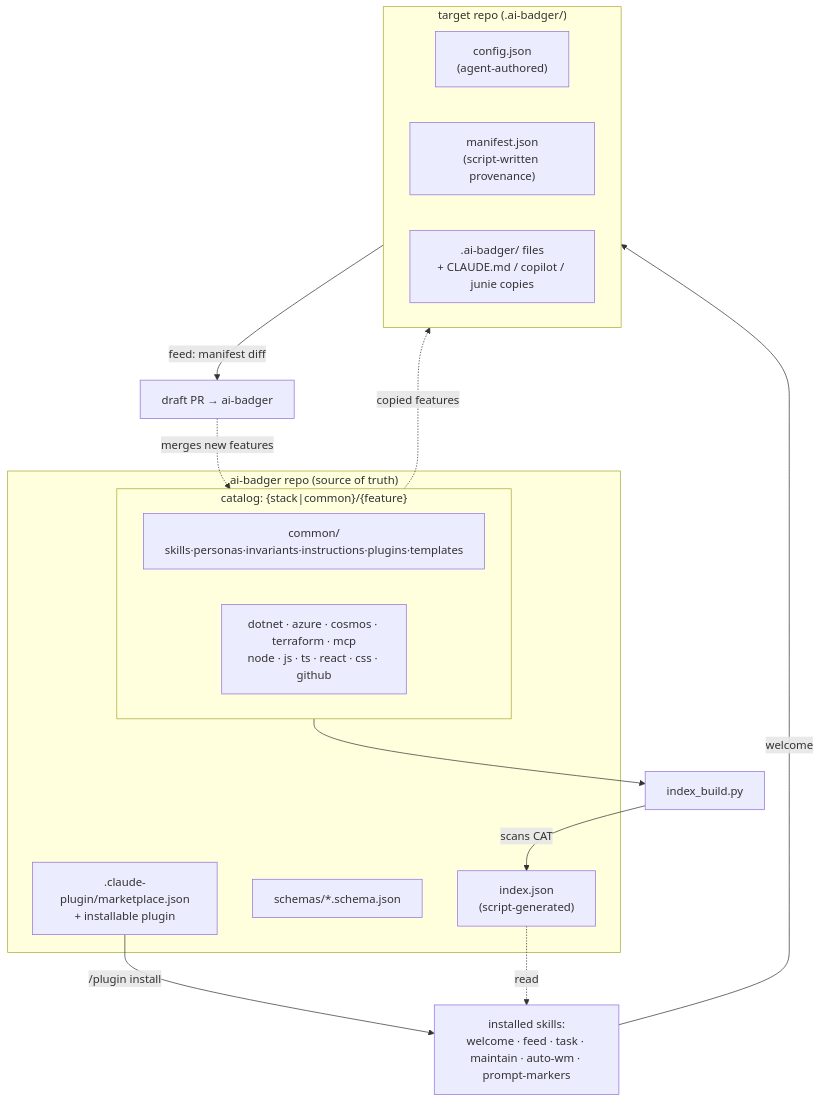
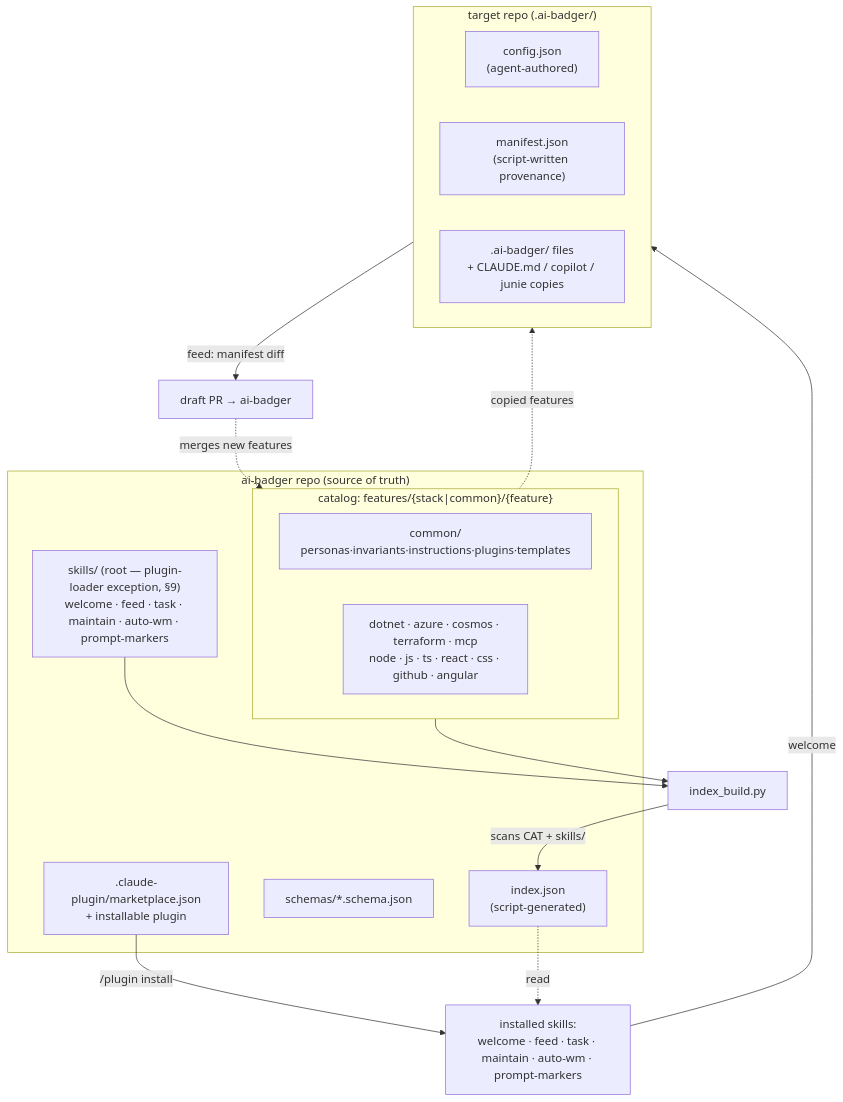
One commit to Arasz/ai-badger changed the first of 4 diagrams in docs/ai-badger-framework-design.md. Above: the diagram before and after it, drawn with Mermaid. The commit also changed other lines of this file and 85 other files, not shown here.

First line of the commit message:
refactor: features/ catalog reorg, plugins compaction, lint-clean scripts

````diff
--- a/docs/ai-badger-framework-design.md
+++ b/docs/ai-badger-framework-design.md
@@ -263,25 +288,27 @@
 ```mermaid
 flowchart TB
   subgraph FW["ai-badger repo (source of truth)"]
     IDX["index.json\n(script-generated)"]
     SCH["schemas/*.schema.json"]
-    subgraph CAT["catalog: {stack|common}/{feature}"]
-      COMMON["common/\nskills·personas·invariants·instructions·plugins·templates"]
-      STACKS["dotnet · azure · cosmos · terraform · mcp\nnode · js · ts · react · css · github"]
+    subgraph CAT["catalog: features/{stack|common}/{feature}"]
+      COMMON["common/\npersonas·invariants·instructions·plugins·templates"]
+      STACKS["dotnet · azure · cosmos · terraform · mcp\nnode · js · ts · react · css · github · angular"]
     end
+    SKILLSDIR["skills/ (root — plugin-loader exception, §9)\nwelcome · feed · task · maintain · auto-wm · prompt-markers"]
     MKT[".claude-plugin/marketplace.json\n+ installable plugin"]
   end
-  IDXbuild["index_build.py"] -->|scans CAT| IDX
+  IDXbuild["index_build.py"] -->|scans CAT + skills/| IDX
   CAT --> IDXbuild
+  SKILLSDIR --> IDXbuild
   MKT -->|/plugin install| SKILLS["installed skills:\nwelcome · feed · task · maintain · auto-wm · prompt-markers"]
   IDX -. read .-> SKILLS
   CAT -. copied features .-> PROJ
   subgraph PROJ["target repo (.ai-badger/)"]
     CFG["config.json\n(agent-authored)"]
     MAN["manifest.json\n(script-written provenance)"]
     OUT[".ai-badger/ files\n+ CLAUDE.md / copilot / junie copies"]
   end
   SKILLS -->|welcome| PROJ
   PROJ -->|feed: manifest diff| PRD["draft PR → ai-badger"]
   PRD -. merges new features .-> CAT
 ```
````
